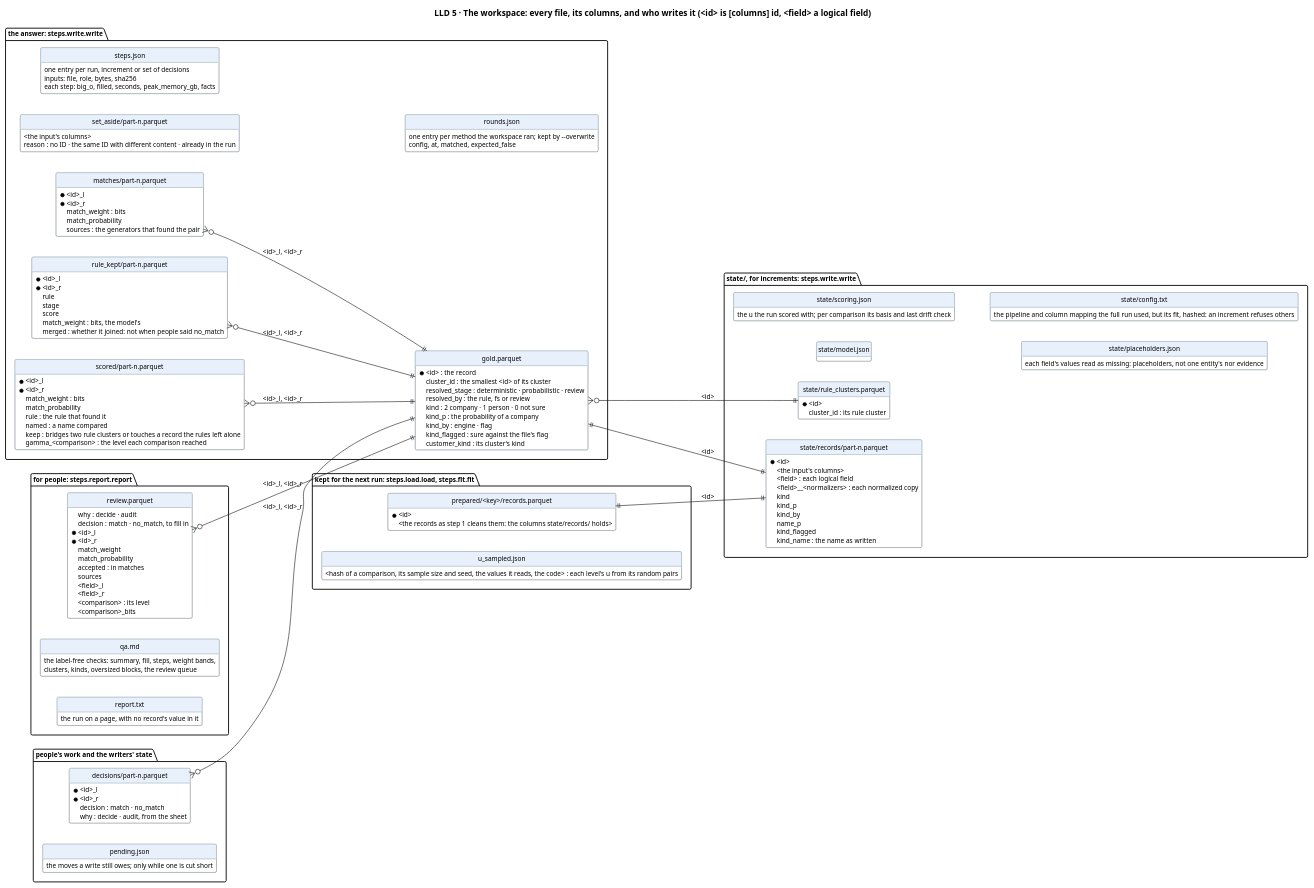
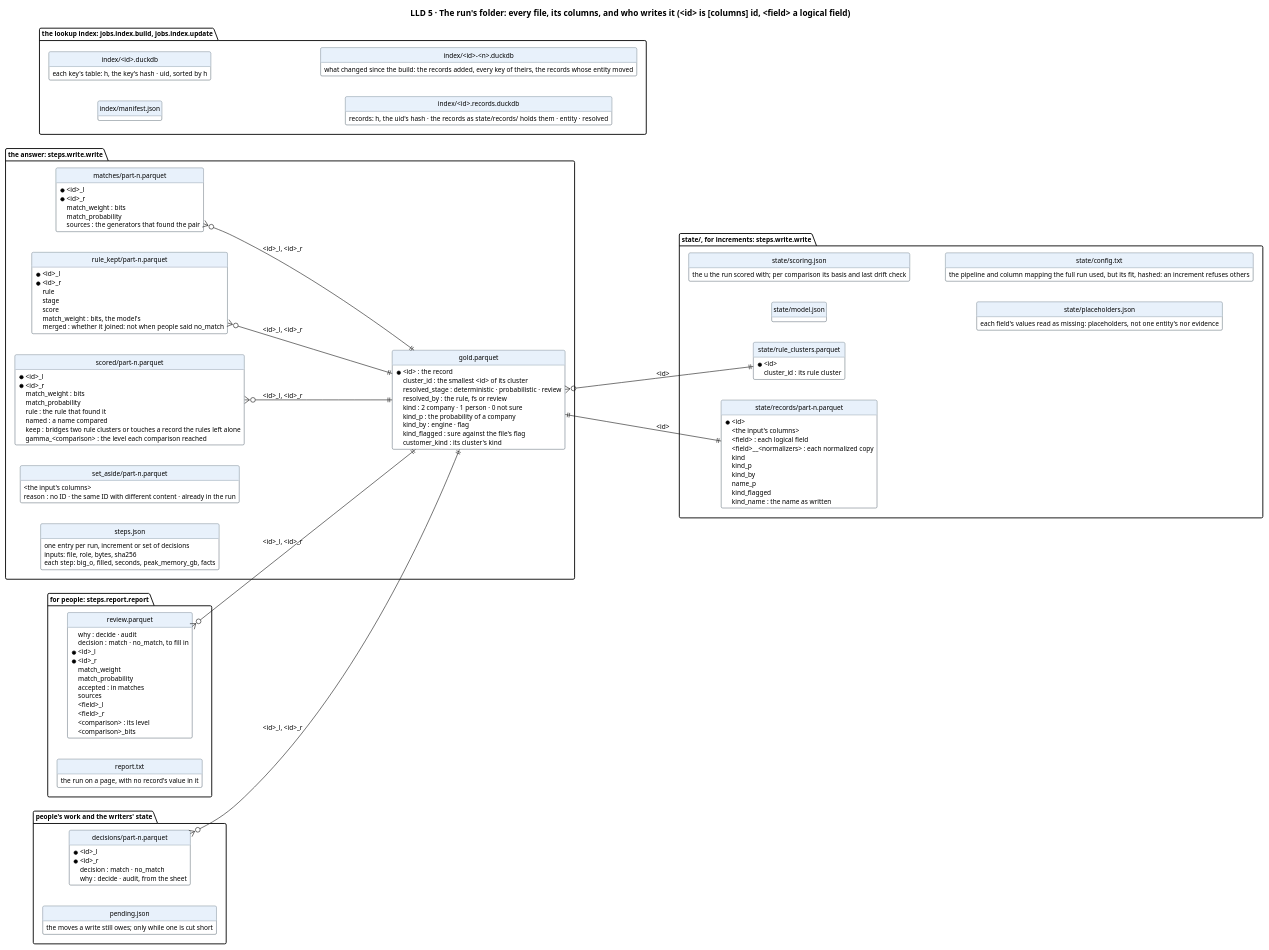
One commit to mvsbm/entity_matching changed the diagram in docs/diagrams/data.puml. Above: the diagram before and after it, drawn with PlantUML. The commit also changed 122 other files, not shown here.

```diff
--- a/docs/diagrams/data.puml
+++ b/docs/diagrams/data.puml
@@ -1,154 +1,149 @@
 @startuml data
-title LLD 5 · The workspace: every file, its columns, and who writes it (<id> is [columns] id, <field> a logical field)
+title LLD 5 · The run's folder: every file, its columns, and who writes it (<id> is [columns] id, <field> a logical field)
 set namespaceSeparator none
 left to right direction
 hide circle
 hide methods
 skinparam defaultFontSize 11
 skinparam class {
   BackgroundColor #FFFFFF
   BorderColor #65717E
   HeaderBackgroundColor #E8F1FB
 }
 
 package "the answer: steps.write.write" {
   entity "gold.parquet" as gold {
     * <id> : the record
     cluster_id : the smallest <id> of its cluster
     resolved_stage : deterministic · probabilistic · review
     resolved_by : the rule, fs or review
     kind : 2 company · 1 person · 0 not sure
     kind_p : the probability of a company
     kind_by : engine · flag
     kind_flagged : sure against the file's flag
     customer_kind : its cluster's kind
   }
   entity "matches/part-n.parquet" as matches {
     * <id>_l
     * <id>_r
     match_weight : bits
     match_probability
     sources : the generators that found the pair
   }
   entity "rule_kept/part-n.parquet" as rule_kept {
     * <id>_l
     * <id>_r
     rule
     stage
     score
     match_weight : bits, the model's
     merged : whether it joined: not when people said no_match
   }
   entity "scored/part-n.parquet" as scored {
     * <id>_l
     * <id>_r
     match_weight : bits
     match_probability
     sources : the generators that found the pair (none: a rule alone)
     rule : the rule that found it
     named : a name compared
     keep : bridges two rule clusters or touches a record the rules left alone
     gamma_<comparison> : the level each comparison reached
   }
   entity "set_aside/part-n.parquet" as set_aside {
     <the input's columns>
     reason : no ID · the same ID with different content · already in the run
   }
   entity "steps.json" as steps {
     one entry per run, increment or set of decisions
     inputs: file, role, bytes, sha256
     each step: big_o, filled, seconds, peak_memory_gb, facts
   }
-  entity "rounds.json" as rounds {
-    one entry per method the workspace ran; kept by --overwrite
-    config, at, matched, expected_false
-  }
 }
 
 package "state/, for increments: steps.write.write" {
   entity "state/records/part-n.parquet" as records {
     * <id>
     <the input's columns>
     <field> : each logical field
     <field>__<normalizers> : each normalized copy
     kind
     kind_p
     kind_by
     name_p
     kind_flagged
     kind_name : the name as written
   }
   entity "state/rule_clusters.parquet" as rule_clusters {
     * <id>
     cluster_id : its rule cluster
   }
   entity "state/model.json" as model {
     the model: λ, m and u per level (in Splink 5.0's model format), the fit's facts
   }
   entity "state/scoring.json" as scoring {
     the u the run scored with; per comparison its basis and last drift check
   }
   entity "state/placeholders.json" as placeholders {
     each field's values read as missing: placeholders, not one entity's nor evidence
   }
   entity "state/config.txt" as config {
     the pipeline and column mapping the full run used, but its fit, hashed: an increment refuses others
   }
 }
 
-package "kept for the next run: steps.load.load, steps.fit.fit" {
-  entity "prepared/<key>/records.parquet" as prepared {
-    * <id>
-    <the records as step 1 cleans them: the columns state/records/ holds>
+package "the lookup index: jobs.index.build, jobs.index.update" {
+  entity "index/manifest.json" as manifest {
+    the index's files, what they rest on (each run file's size and time), its records and columns
   }
-  entity "u_sampled.json" as usampled {
-    <hash of a comparison, its sample size and seed, the values it reads, the code> : each level's u from its random pairs
+  entity "index/<id>.duckdb" as ix {
+    each key's table: h, the key's hash · uid, sorted by h
+  }
+  entity "index/<id>.records.duckdb" as ixr {
+    records: h, the uid's hash · the records as state/records/ holds them · entity · resolved
+  }
+  entity "index/<id>-<n>.duckdb" as dx {
+    what changed since the build: the records added, every key of theirs, the records whose entity moved
   }
 }
 
 package "for people: steps.report.report" {
   entity "review.parquet" as review {
     why : decide · audit
     decision : match · no_match, to fill in
     * <id>_l
     * <id>_r
     match_weight
     match_probability
     accepted : in matches
     sources
     <field>_l
     <field>_r
     <comparison> : its level
     <comparison>_bits
   }
-  entity "qa.md" as qa {
-    the label-free checks: summary, fill, steps, weight bands,
-    clusters, kinds, oversized blocks, the review queue
-  }
   entity "report.txt" as report {
     the run on a page, with no record's value in it
   }
 }
 
 package "people's work and the writers' state" {
   entity "decisions/part-n.parquet" as decisions {
     * <id>_l
     * <id>_r
     decision : match · no_match
     why : decide · audit, from the sheet
-    round : the round it was decided in (rounds.json)
   }
   entity "pending.json" as pending {
     the moves a write still owes; only while one is cut short
   }
 }
 
 gold }o--|| rule_clusters : <id>
 matches }o--|| gold : <id>_l, <id>_r
 rule_kept }o--|| gold : <id>_l, <id>_r
 scored }o--|| gold : <id>_l, <id>_r
 records ||--|| gold : <id>
-prepared ||--|| records : <id>
 review }o--|| gold : <id>_l, <id>_r
 decisions }o--|| gold : <id>_l, <id>_r
 @enduml
```
